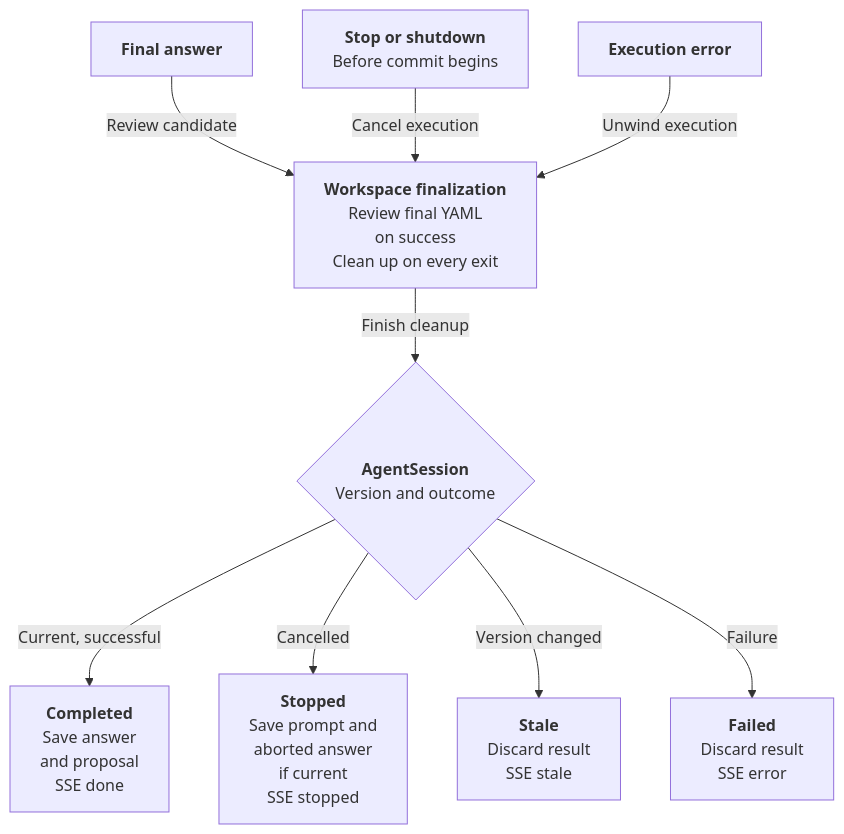
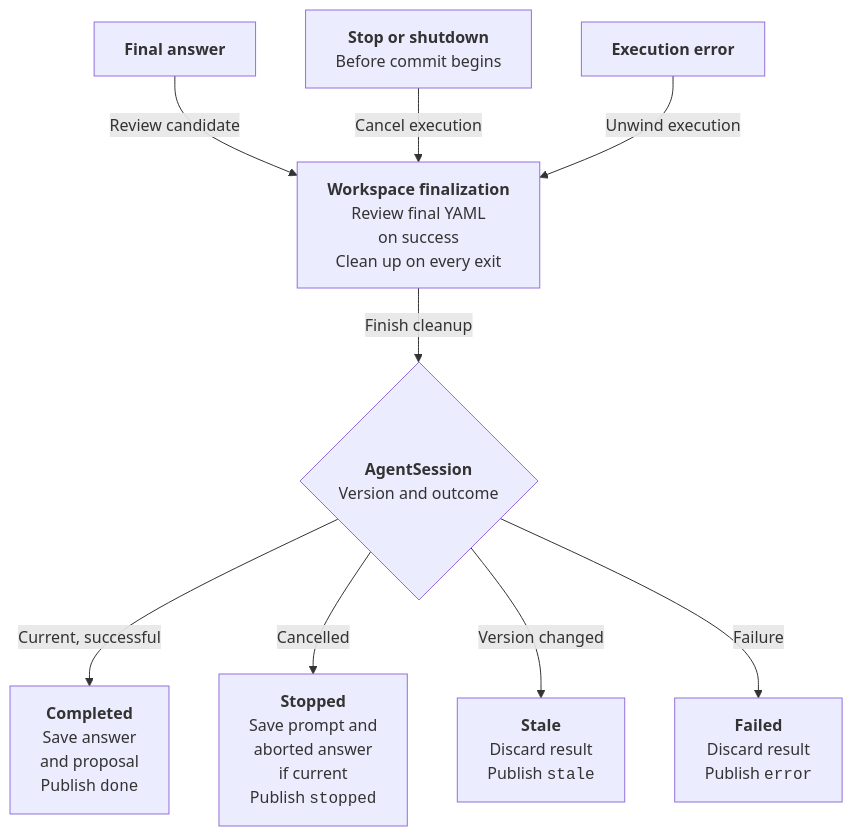
One commit to j3soon/nurse-scheduling changed the sixth of 15 diagrams in docs/content/developer-guide/ai-assistant.md. Above: the diagram before and after it, drawn with Mermaid. The commit also changed other lines of this file and 1 other file, not shown here.

First line of the commit message:
docs(ai): clarify unified session events and diagrams

````diff
--- a/docs/content/developer-guide/ai-assistant.md
+++ b/docs/content/developer-guide/ai-assistant.md
@@ -224,22 +228,22 @@
 ```mermaid
 flowchart TB
     Answer[<b>Final answer</b>]
     Stop[<b>Stop or shutdown</b><br/>Before commit begins]
     Failure[<b>Execution error</b>]
     Cleanup[<b>Workspace finalization</b><br/>Review final YAML<br/>on success<br/>Clean up on every exit]
     Check{<b>AgentSession</b><br/>Version and outcome}
-    Done[<b>Completed</b><br/>Save answer<br/>and proposal<br/>SSE done]
-    Stopped[<b>Stopped</b><br/>Save prompt and<br/>aborted answer<br/>if current<br/>SSE stopped]
-    Stale[<b>Stale</b><br/>Discard result<br/>SSE stale]
-    Error[<b>Failed</b><br/>Discard result<br/>SSE error]
+    Done[<b>Completed</b><br/>Save answer<br/>and proposal<br/>Publish <code>done</code>]
+    Stopped[<b>Stopped</b><br/>Save prompt and<br/>aborted answer<br/>if current<br/>Publish <code>stopped</code>]
+    Stale[<b>Stale</b><br/>Discard result<br/>Publish <code>stale</code>]
+    Error[<b>Failed</b><br/>Discard result<br/>Publish <code>error</code>]
 
     Answer -->|Review candidate| Cleanup
     Stop -->|Cancel execution| Cleanup
     Failure -->|Unwind execution| Cleanup
     Cleanup -->|Finish cleanup| Check
     Check -->|Current, successful| Done
     Check -->|Cancelled| Stopped
     Check -->|Version changed| Stale
     Check -->|Failure| Error
 
 ```
````
